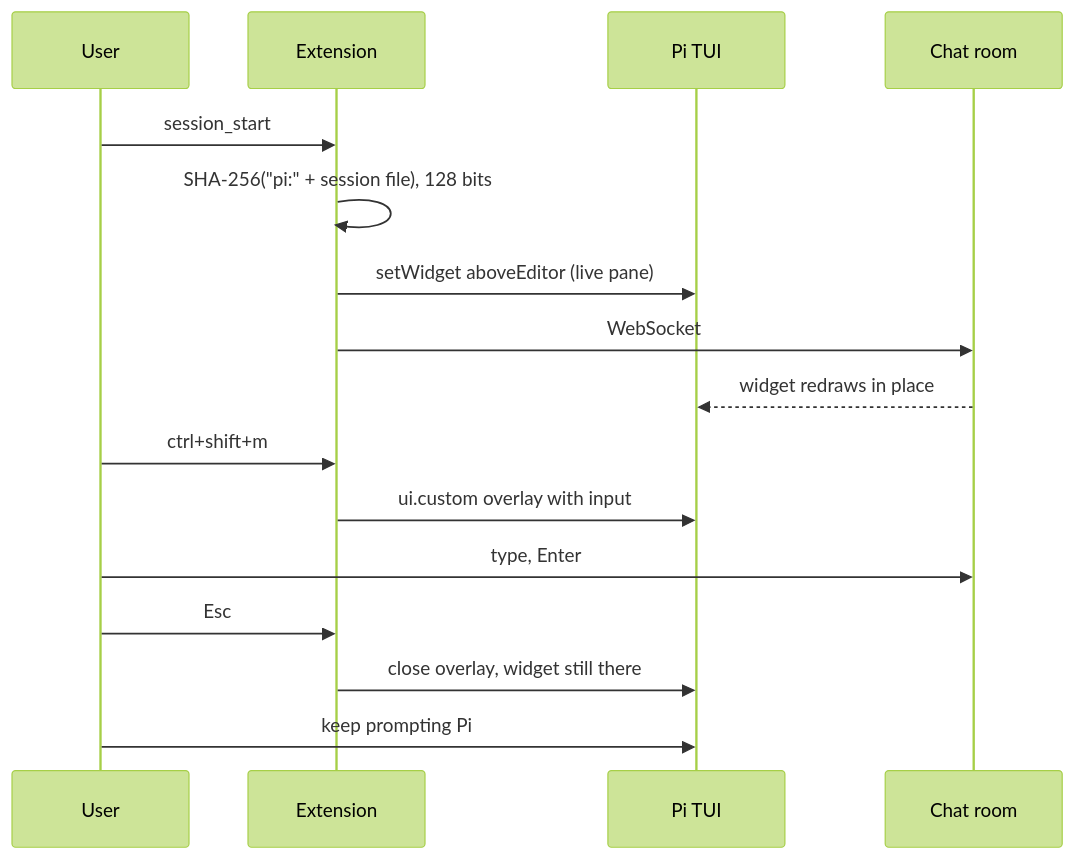
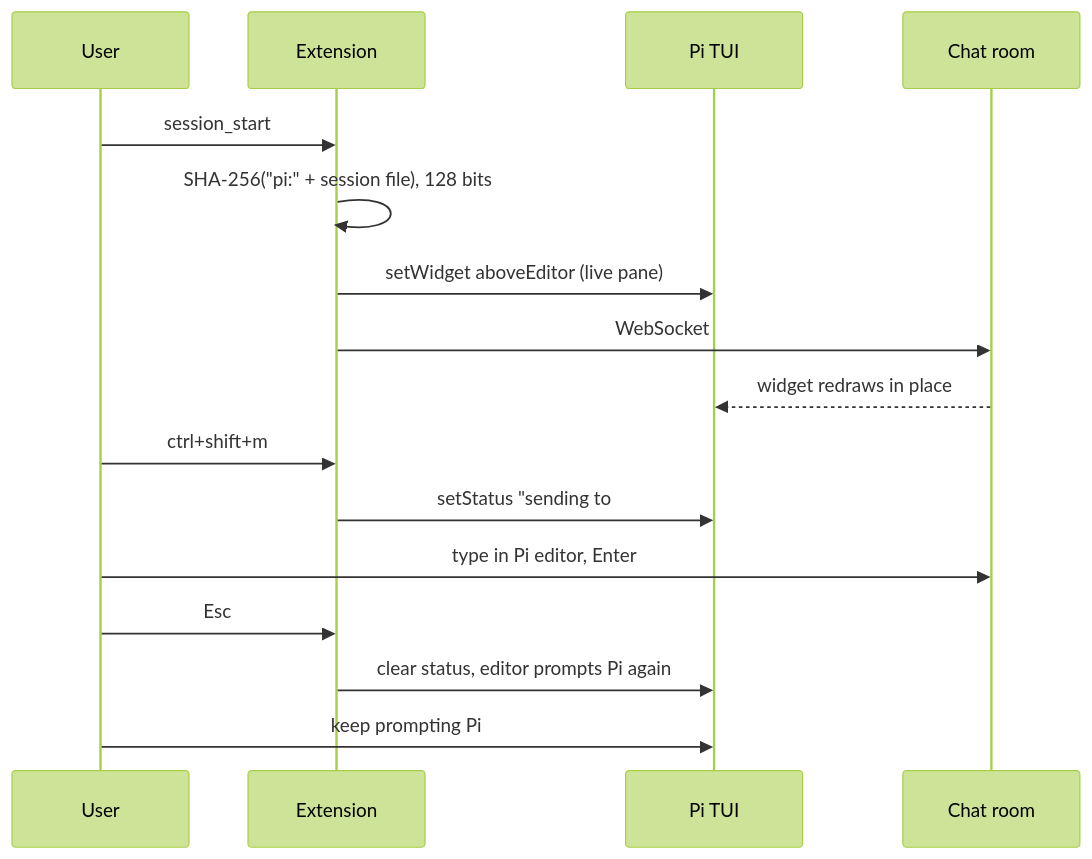
One commit to tanishqkancharla/omeglecode changed the second of 2 diagrams in specs/pi-omeglecode.md. Above: the diagram before and after it, drawn with Mermaid (forest theme). The commit also changed other lines of this file and 21 other files, not shown here.

````diff
--- a/specs/pi-omeglecode.md
+++ b/specs/pi-omeglecode.md
@@ -22,18 +22,18 @@
 ```mermaid
 sequenceDiagram
     participant U as User
     participant E as Extension
     participant P as Pi TUI
     participant R as Chat room
     U->>E: session_start
     E->>E: SHA-256("pi:" + session file), 128 bits
     E->>P: setWidget aboveEditor (live pane)
     E->>R: WebSocket
     R-->>P: widget redraws in place
     U->>E: ctrl+shift+m
-    E->>P: ui.custom overlay with input
-    U->>R: type, Enter
+    E->>P: setStatus "sending to #room"
+    U->>R: type in Pi editor, Enter
     U->>E: Esc
-    E->>P: close overlay, widget still there
+    E->>P: clear status, editor prompts Pi again
     U->>P: keep prompting Pi
 ```
````
